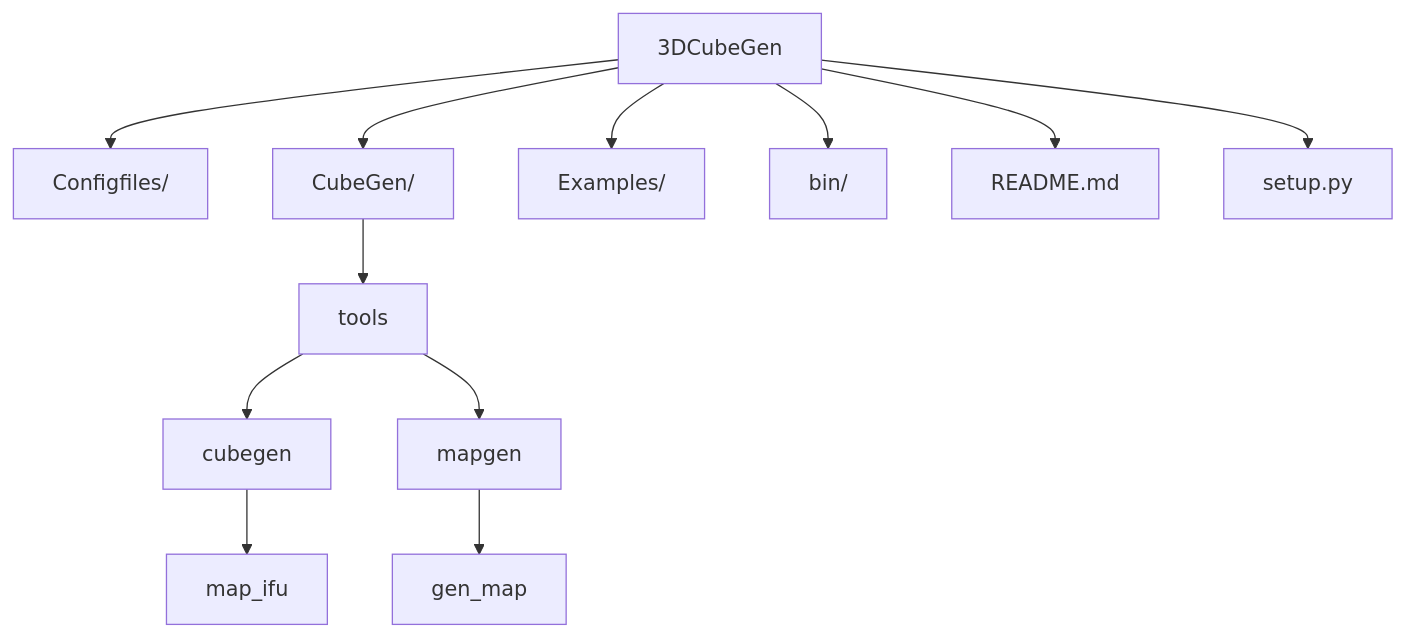
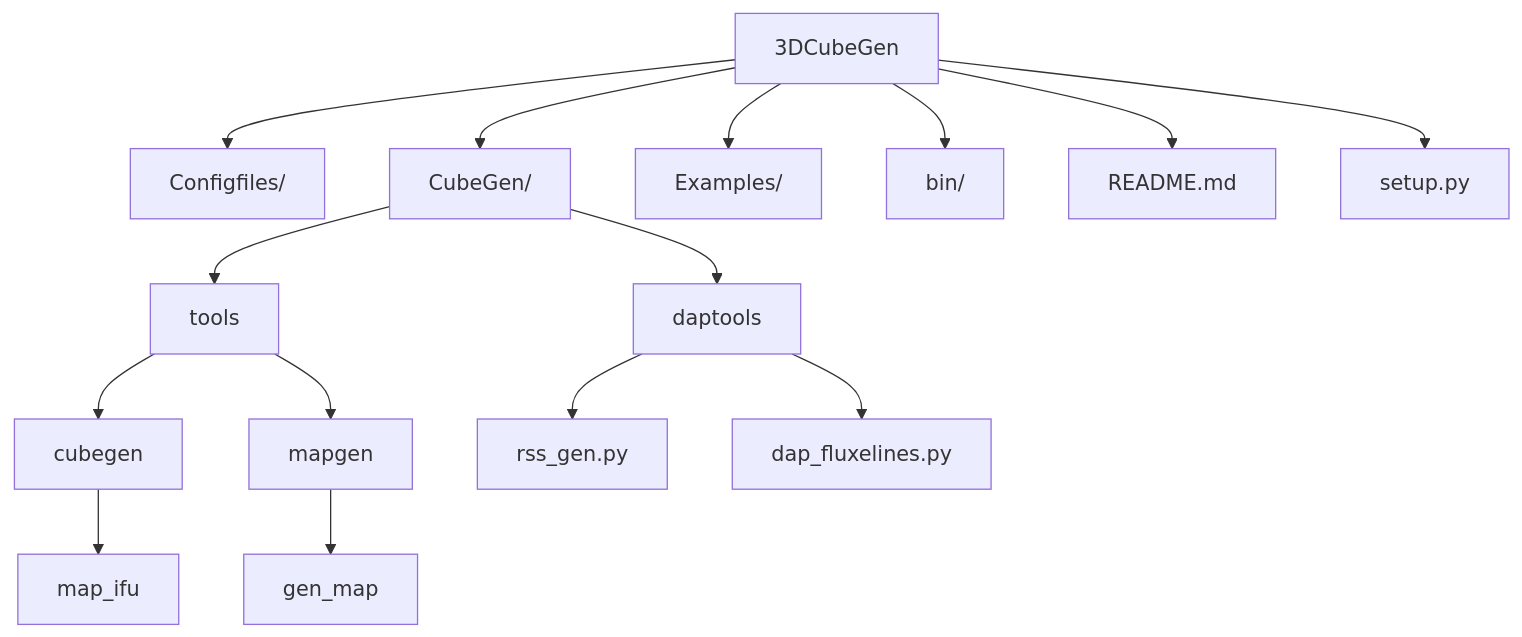
Before and after one commit to hjibarram/3DCubeGen: the diagram in README.md, drawn with Mermaid.

````diff
--- a/README.md
+++ b/README.md
@@ -3,14 +3,17 @@
 ```mermaid
 graph TD
     A[3DCubeGen] --> B[Configfiles/]
     A --> C[CubeGen/]
     A --> D[Examples/]
     A --> E[bin/]
     A --> F[README.md]
     A --> G[setup.py]
     C --> C1[tools]
     C1 --> C2[cubegen]
     C1 --> C3[mapgen]
     C2 --> C4[map_ifu]
     C3 --> C5[gen_map]
+    C --> T[daptools]
+    T --> T1[rss_gen.py]
+    T --> T2[dap_fluxelines.py]
 ```
````
